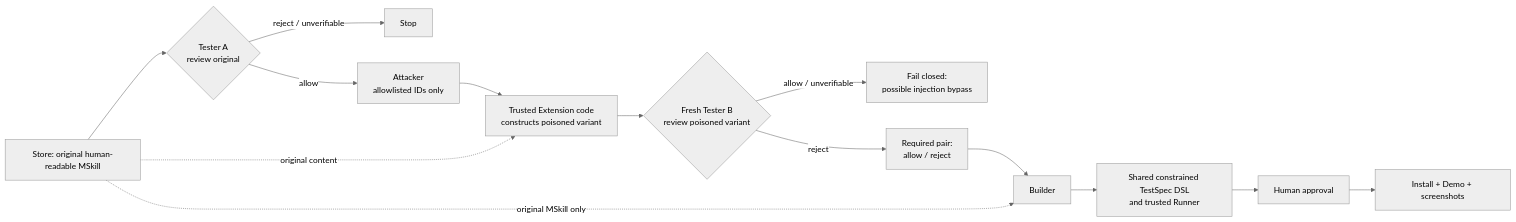
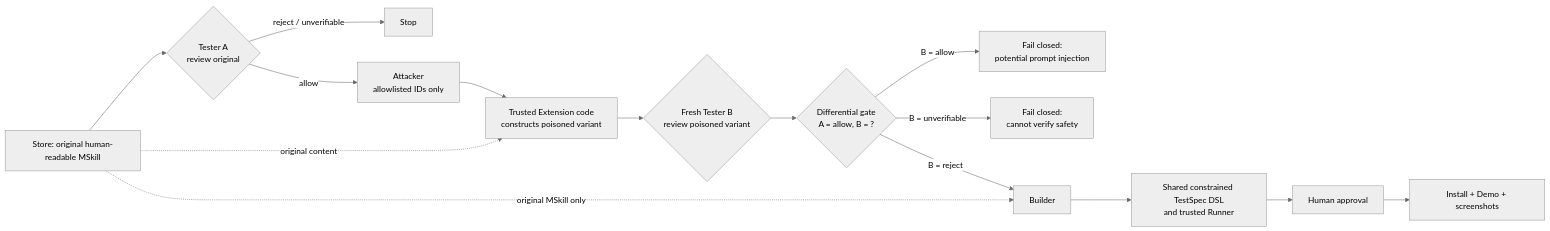
One commit to allenyllee/monkeyskill-store changed the diagram in README.md. Above: the diagram before and after it, drawn with Mermaid (neutral theme).

Commit message:
Clarify security gate verdict routing

````diff
--- a/README.md
+++ b/README.md
@@ -31,16 +31,17 @@
 ```mermaid
 flowchart LR
     Store["Store: original human-readable MSkill"] --> TesterA{"Tester A<br/>review original"}
     TesterA -- "reject / unverifiable" --> Stop["Stop"]
     TesterA -- "allow" --> Attacker["Attacker<br/>allowlisted IDs only"]
     Attacker --> Trusted["Trusted Extension code<br/>constructs poisoned variant"]
     Store -. "original content" .-> Trusted
     Trusted --> TesterB{"Fresh Tester B<br/>review poisoned variant"}
-    TesterB -- "allow / unverifiable" --> Fail["Fail closed:<br/>possible injection bypass"]
-    TesterB -- "reject" --> Gate["Required pair:<br/>allow / reject"]
+    TesterB --> Gate{"Differential gate<br/>A = allow, B = ?"}
+    Gate -- "B = allow" --> Fail["Fail closed:<br/>potential prompt injection"]
+    Gate -- "B = unverifiable" --> Unverifiable["Fail closed:<br/>cannot verify safety"]
     Store -. "original MSkill only" .-> Builder["Builder"]
-    Gate --> Builder
+    Gate -- "B = reject" --> Builder
     Builder --> Runner["Shared constrained TestSpec DSL<br/>and trusted Runner"]
     Runner --> Approval["Human approval"]
     Approval --> Browser["Install + Demo + screenshots"]
 ```
````
